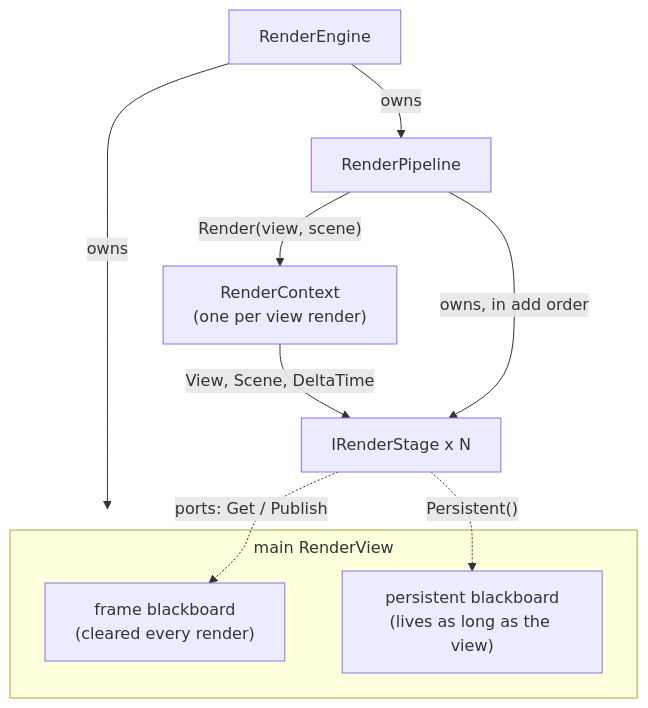
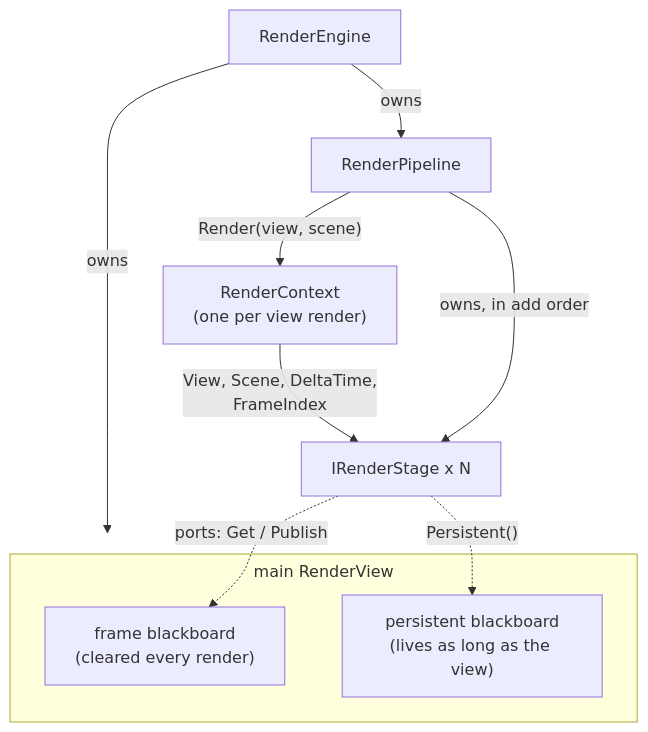
One commit to b1nary0/RZE changed the second of 6 diagrams in Docs/Generated/Engine/04-Rendering/Render-Stages.md. Above: the diagram before and after it, drawn with Mermaid. The commit also changed other lines of this file and 5 other files, not shown here.

````diff
--- a/Docs/Generated/Engine/04-Rendering/Render-Stages.md
+++ b/Docs/Generated/Engine/04-Rendering/Render-Stages.md
@@ -36,15 +47,15 @@
 ```mermaid
 %%{init: {'flowchart': {'subGraphTitleMargin': {'top': 6, 'bottom': 10}}, 'themeCSS': '.labelBkg, .edgeLabel { background-color: var(--background-primary) !important; } .messageText, .labelText, .loopText { paint-order: stroke; stroke: var(--background-primary); stroke-width: 5px; stroke-linejoin: round; }'}}%%
 flowchart TD
     RE["RenderEngine"] -->|owns| RP["RenderPipeline"]
     RE -->|owns| MV
     RP -->|"owns, in add order"| Stages["IRenderStage x N"]
     RP -->|"Render(view, scene)"| Ctx["RenderContext<br/>(one per view render)"]
-    Ctx -->|"View, Scene, DeltaTime"| Stages
+    Ctx -->|"View, Scene, DeltaTime,<br/>FrameIndex"| Stages
     subgraph MV["main RenderView"]
         Frame["frame blackboard<br/>(cleared every render)"]
         Persist["persistent blackboard<br/>(lives as long as the view)"]
     end
     Stages -.->|"ports: Get / Publish"| Frame
     Stages -.->|"Persistent()"| Persist
 ```
````
